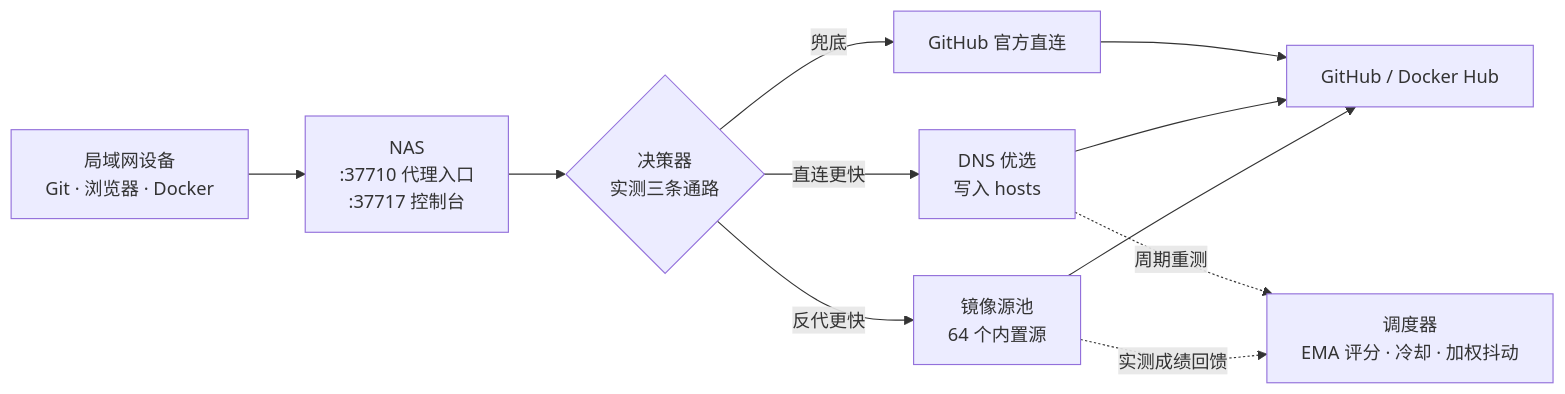
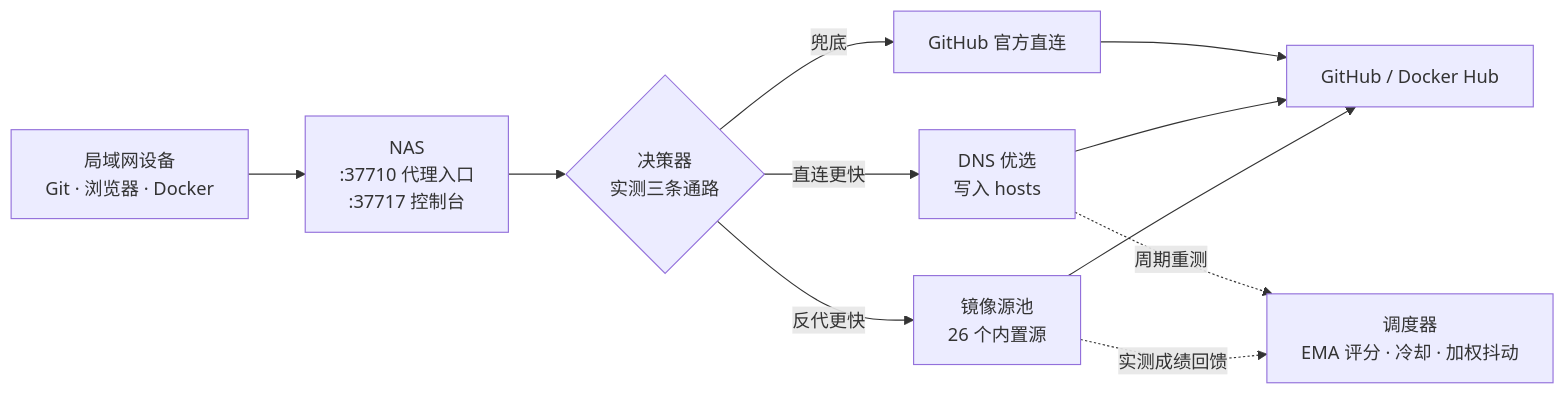
The diagram in dog-dev/source/README.md (Blue-Mink/FnDepot), drawn with Mermaid before and after one commit. The commit also changed other lines of this file and 1 other file, not shown here.

````diff
--- a/dog-dev/source/README.md
+++ b/dog-dev/source/README.md
@@ -39,13 +39,13 @@
 ```mermaid
 flowchart LR
   C["局域网设备<br/>Git · 浏览器 · Docker"] --> P["NAS<br/>:37710 代理入口<br/>:37717 控制台"]
   P --> D{"决策器<br/>实测三条通路"}
-  D -->|反代更快| M["镜像源池<br/>64 个内置源"]
+  D -->|反代更快| M["镜像源池<br/>26 个内置源"]
   D -->|直连更快| H["DNS 优选<br/>写入 hosts"]
   D -->|兜底| O["GitHub 官方直连"]
   M --> U["GitHub / Docker Hub"]
   H --> U
   O --> U
   M -. 实测成绩回馈 .-> S["调度器<br/>EMA 评分 · 冷却 · 加权抖动"]
   H -. 周期重测 .-> S
 ```
````
